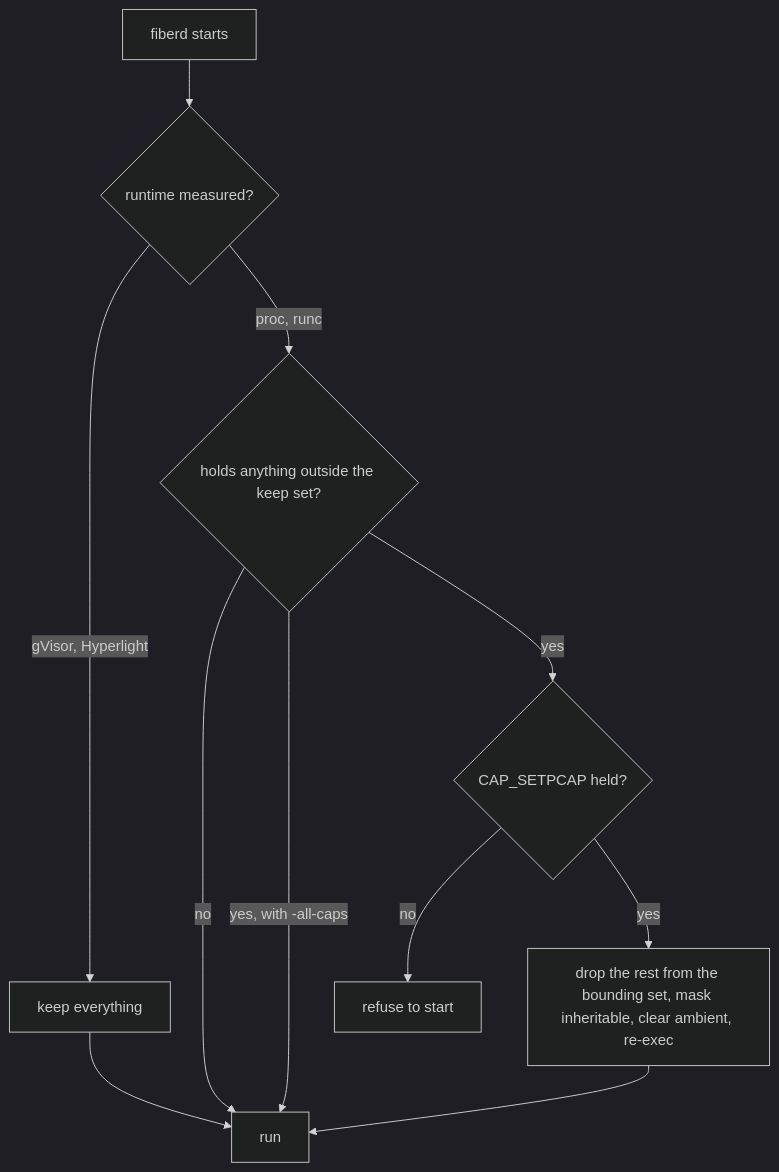
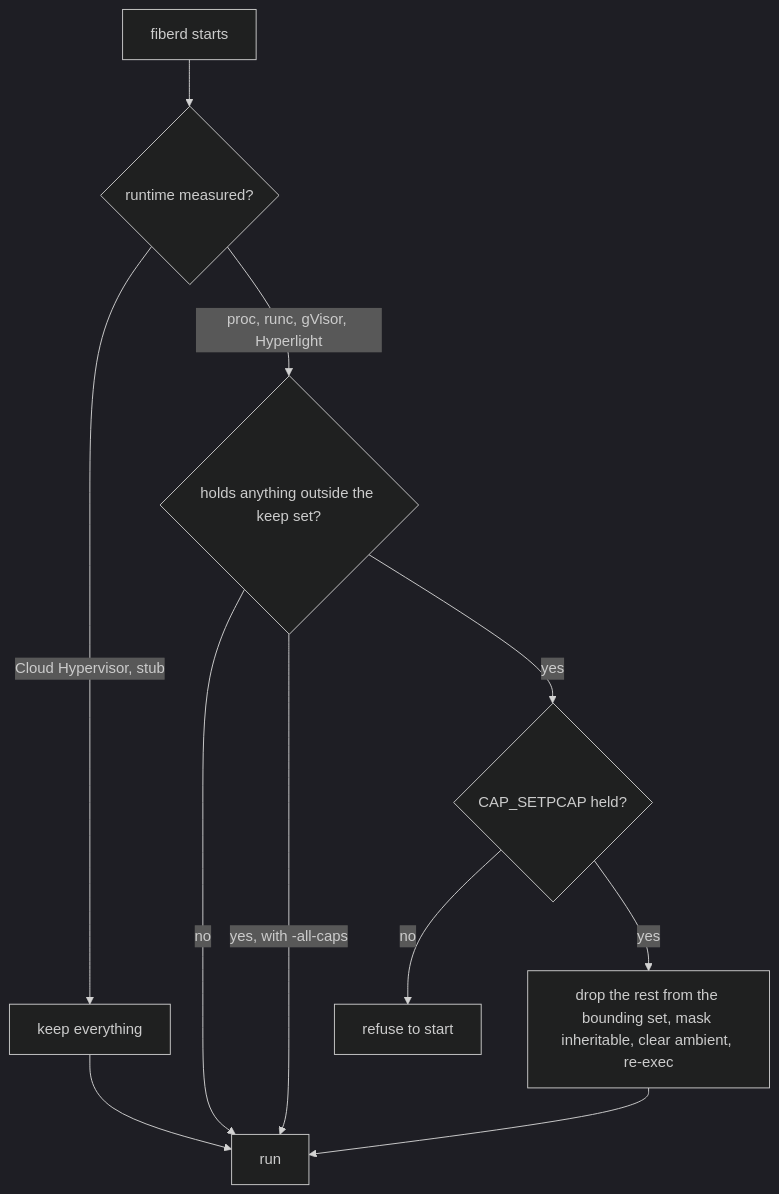
The diagram in docs/design/sys.md (helayoty/fiberd), drawn with Mermaid (dark theme) before and after one commit. The commit also changed other lines of this file and 8 other files, not shown here.

Commit message:
Narrow fiberd's capabilities on gVisor and Hyperlight too (#86)

````diff
--- a/docs/design/sys.md
+++ b/docs/design/sys.md
@@ -15,11 +15,11 @@
 ```mermaid
 flowchart TD
   S[fiberd starts] --> M{runtime measured?}
-  M -->|gVisor, Hyperlight| K[keep everything] --> R[run]
-  M -->|proc, runc| E{holds anything outside the keep set?}
+  M -->|Cloud Hypervisor, stub| K[keep everything] --> R[run]
+  M -->|proc, runc, gVisor, Hyperlight| E{holds anything outside the keep set?}
   E -->|no| R
   E -->|"yes, with -all-caps"| R
   E -->|yes| D{CAP_SETPCAP held?}
   D -->|no| X[refuse to start]
   D -->|yes| N["drop the rest from the bounding set, mask inheritable, clear ambient, re-exec"] --> R
 ```
````
